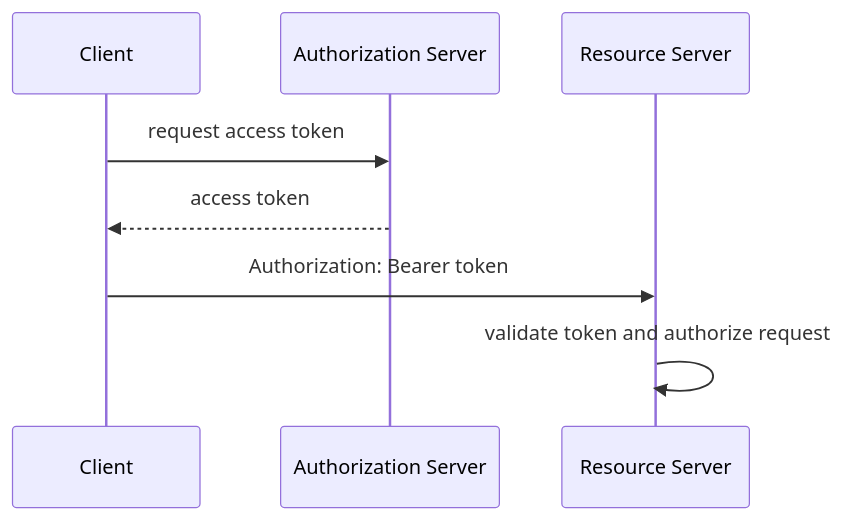
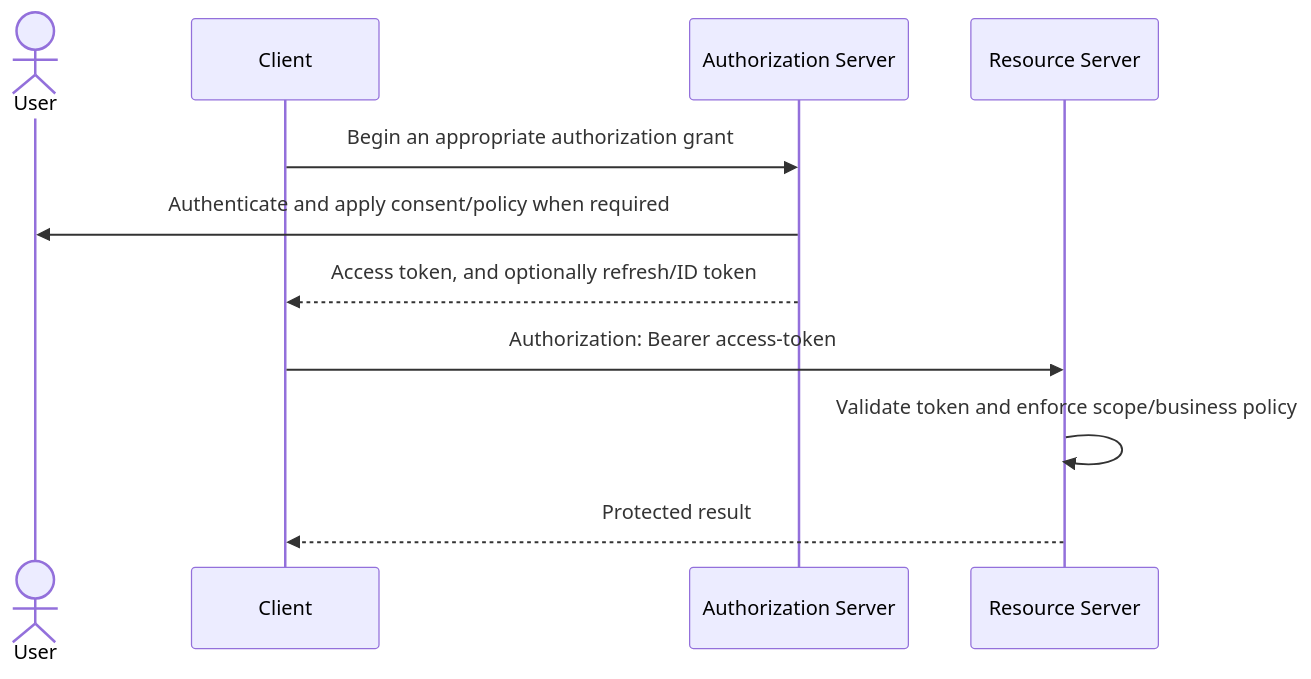
One commit to taukhir/shopverse changed the diagram in documentation/docs/security/oauth/OAUTH2-FUNDAMENTALS.md. Above: the diagram before and after it, drawn with Mermaid. The commit also changed other lines of this file and 158 other files, not shown here.

````diff
--- a/documentation/docs/security/oauth/OAUTH2-FUNDAMENTALS.md
+++ b/documentation/docs/security/oauth/OAUTH2-FUNDAMENTALS.md
@@ -26,11 +54,14 @@
 ```mermaid
 sequenceDiagram
+    actor User
     participant Client
     participant AS as Authorization Server
     participant API as Resource Server
 
-    Client->>AS: request access token
-    AS-->>Client: access token
-    Client->>API: Authorization: Bearer token
-    API->>API: validate token and authorize request
+    Client->>AS: Begin an appropriate authorization grant
+    AS->>User: Authenticate and apply consent/policy when required
+    AS-->>Client: Access token, and optionally refresh/ID token
+    Client->>API: Authorization: Bearer access-token
+    API->>API: Validate token and enforce scope/business policy
+    API-->>Client: Protected result
 ```
````
